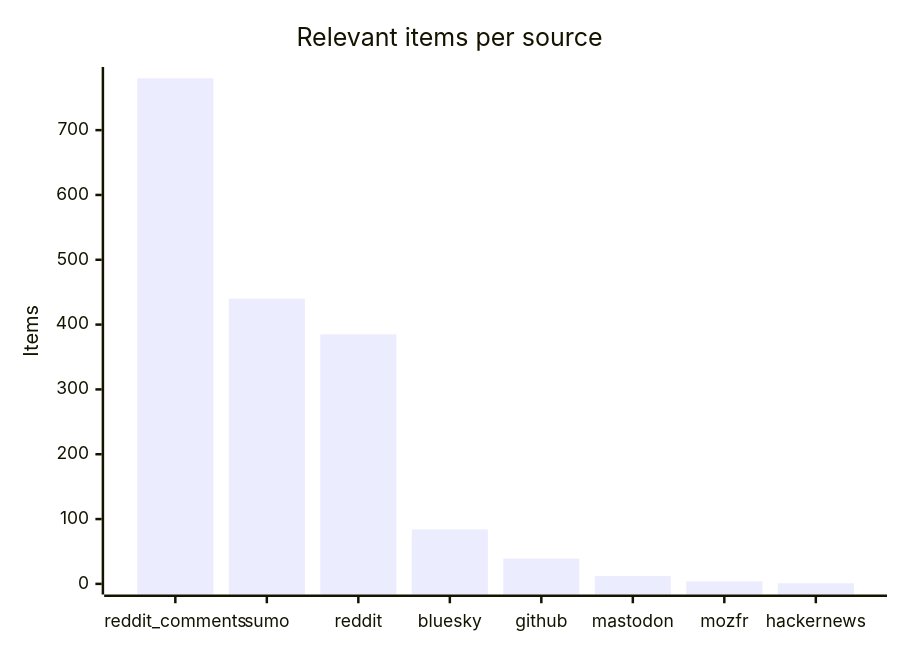
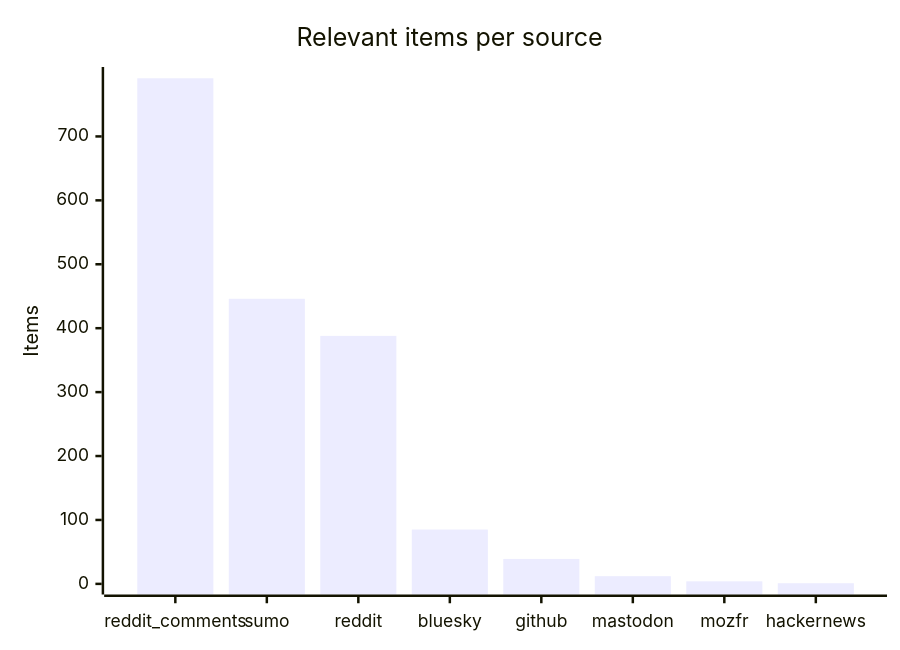
The third of 4 diagrams in README.md (martinbalfanz/social-scanner-reports), drawn with Mermaid before and after one commit. The commit also changed other lines of this file and 5 other files, not shown here.

````diff
--- a/README.md
+++ b/README.md
@@ -48,7 +48,7 @@
 ```mermaid
 xychart-beta
     title "Relevant items per source"
     x-axis ["reddit_comments", "sumo", "reddit", "bluesky", "github", "mastodon", "mozfr", "hackernews"]
-    y-axis "Items" 0 --> 781
-    bar [780, 440, 385, 84, 39, 12, 4, 1]
+    y-axis "Items" 0 --> 792
+    bar [791, 446, 388, 85, 39, 12, 4, 1]
 ```
````
